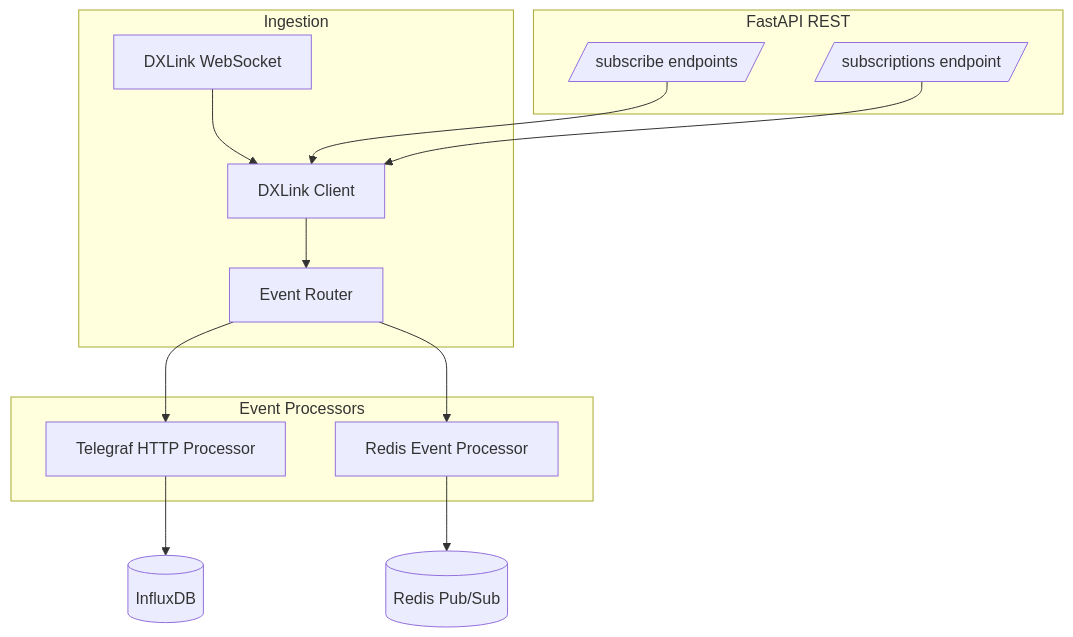
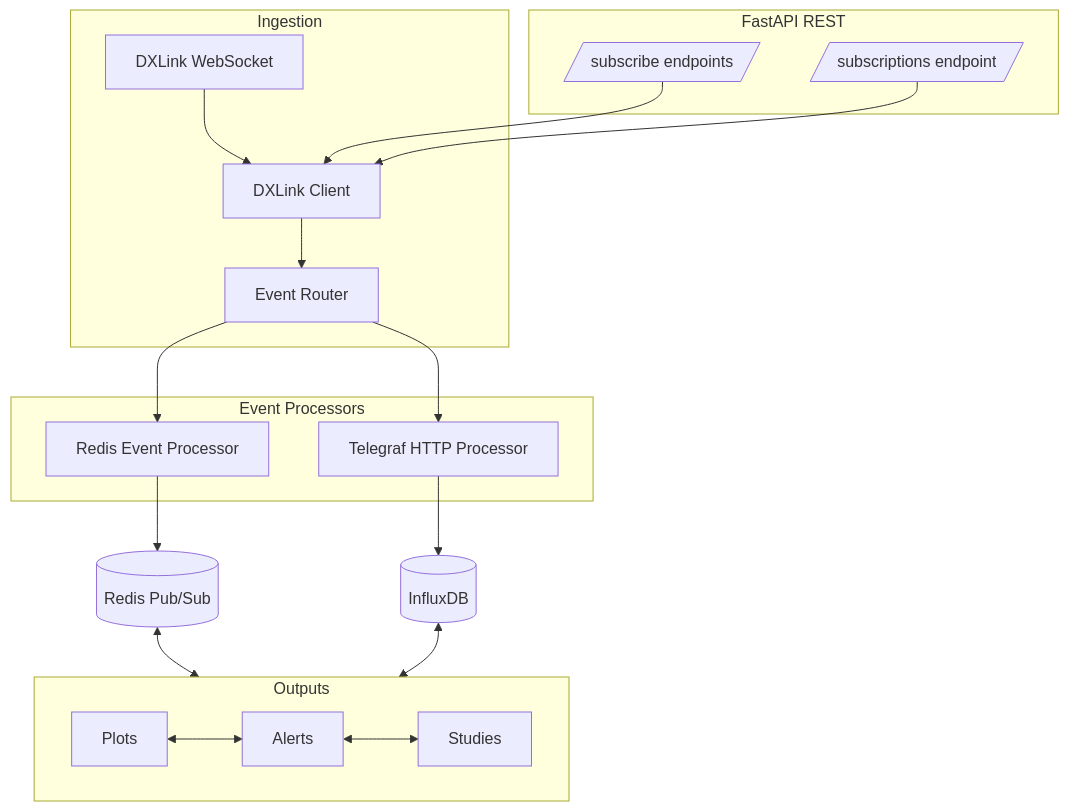
One commit to xmandeng/tastytrade_sdk changed the first of 2 diagrams in README-other.md. Above: the diagram before and after it, drawn with Mermaid. The commit also changed 2 other files, not shown here.

Commit message:
devtools

````diff
--- a/README-other.md
+++ b/README-other.md
@@ -107,27 +107,37 @@
 ```mermaid
 flowchart TB
   subgraph INGEST[Ingestion]
     DX[DXLink WebSocket]
     CLIENT[DXLink Client]
     ROUTER[Event Router]
     DX --> CLIENT --> ROUTER
   end
 
   subgraph PROCESSORS[Event Processors]
     TELEGRAF[Telegraf HTTP Processor]
     REDISPROC[Redis Event Processor]
   end
 
+  subgraph ANALYTICS[Outputs]
+    LIVEPLOT[Plots]
+    ALERTS[Alerts]
+    STUDIES[Studies]
+    LIVEPLOT <--> ALERTS
+    ALERTS <--> STUDIES
+  end
+
   ROUTER --> TELEGRAF
   ROUTER --> REDISPROC
   TELEGRAF --> INFLUX[(InfluxDB)]
   REDISPROC --> REDIS[(Redis Pub/Sub)]
+  REDIS <--> ANALYTICS
+  INFLUX <--> ANALYTICS
 
   subgraph API[FastAPI REST]
     SUBEP[/subscribe endpoints/]
     STATUS[/subscriptions endpoint/]
   end
 
   SUBEP --> CLIENT
   STATUS --> CLIENT
 ```
````
